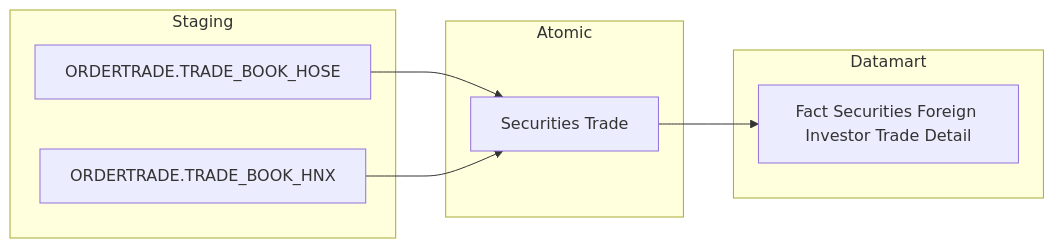
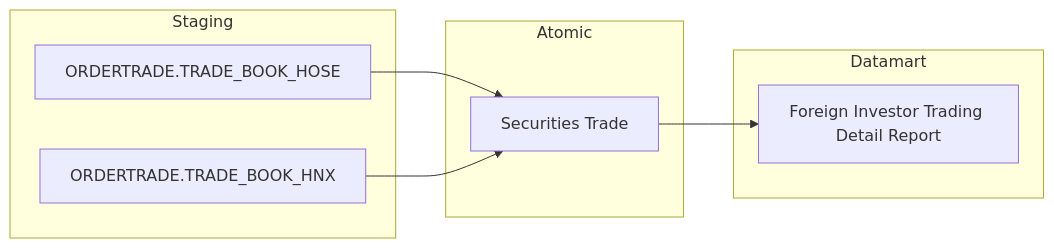
Before and after one commit to linhlvit/ubck_atomic_design: the seventh of 26 diagrams in Datamart/hld/DTM_NDTNN_HLD.md, drawn with Mermaid. The commit also changed other lines of this file and 62 other files, not shown here.

````diff
--- a/Datamart/hld/DTM_NDTNN_HLD.md
+++ b/Datamart/hld/DTM_NDTNN_HLD.md
@@ -252,20 +274,20 @@
 ```mermaid
 flowchart LR
     subgraph SRC["Staging"]
         S1["ORDERTRADE.TRADE_BOOK_HOSE"]
         S2["ORDERTRADE.TRADE_BOOK_HNX"]
     end
 
     subgraph SIL["Atomic"]
         SV1["Securities Trade"]
     end
 
     subgraph Datamart["Datamart"]
-        G1["Fact Securities Foreign Investor Trade Detail"]
+        G1["Foreign Investor Trading Detail Report"]
     end
 
     S1 --> SV1
     S2 --> SV1
 
     SV1 --> G1
 ```
````
